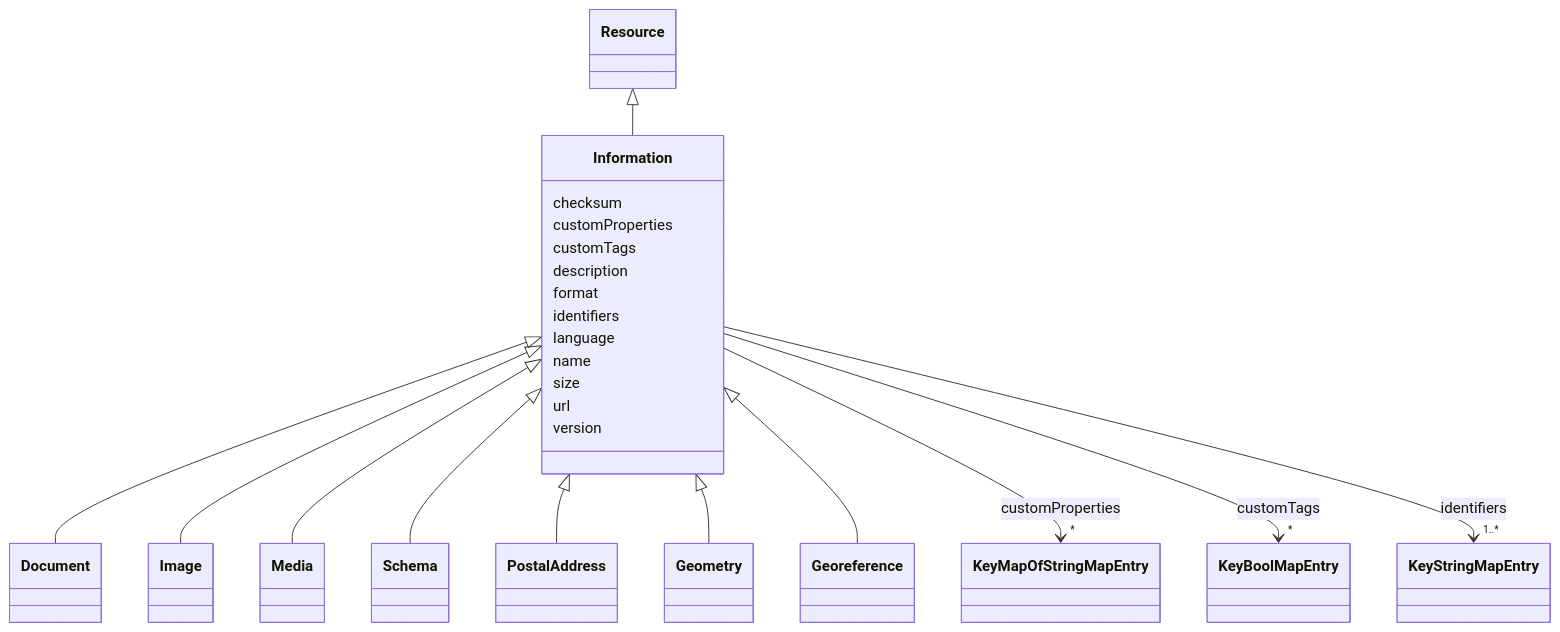
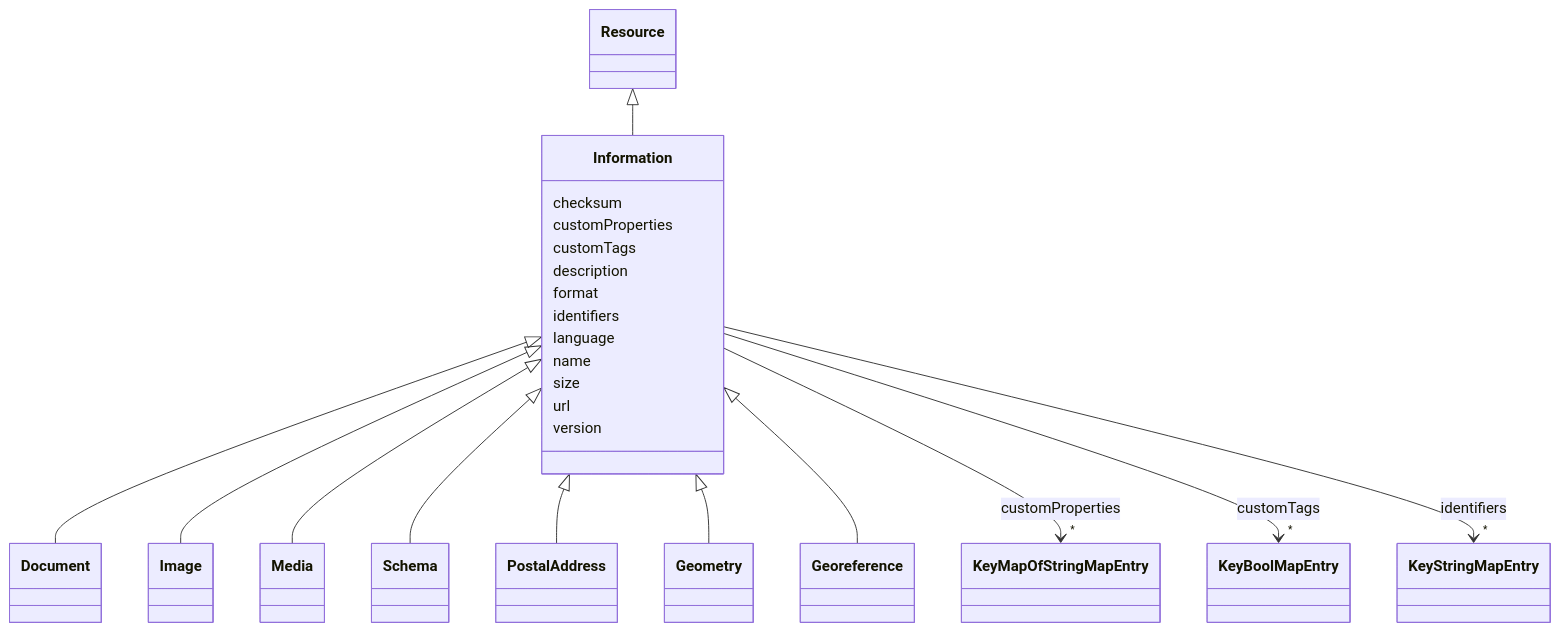
Before and after one commit to takashikasuya/smartbuiding_ontology: the diagram in docs/Information.md, drawn with Mermaid. The commit also changed other lines of this file and 89 other files, not shown here.

````diff
--- a/docs/Information.md
+++ b/docs/Information.md
@@ -18,75 +18,75 @@
 ```mermaid
  classDiagram
     class Information
     click Information href "../Information/"
       Resource <|-- Information
         click Resource href "../Resource/"
       
 
       Information <|-- Document
         click Document href "../Document/"
       Information <|-- Image
         click Image href "../Image/"
       Information <|-- Media
         click Media href "../Media/"
       Information <|-- Schema
         click Schema href "../Schema/"
       Information <|-- PostalAddress
         click PostalAddress href "../PostalAddress/"
       Information <|-- Geometry
         click Geometry href "../Geometry/"
       Information <|-- Georeference
         click Georeference href "../Georeference/"
       
 
       Information : checksum
         
       Information : customProperties
         
           
     
         
         
         Information --> "*" KeyMapOfStringMapEntry : customProperties
         click KeyMapOfStringMapEntry href "../KeyMapOfStringMapEntry/"
     
 
         
       Information : customTags
         
           
     
         
         
         Information --> "*" KeyBoolMapEntry : customTags
         click KeyBoolMapEntry href "../KeyBoolMapEntry/"
     
 
         
       Information : description
         
       Information : format
         
       Information : identifiers
         
           
     
         
         
-        Information --> "1..*" KeyStringMapEntry : identifiers
+        Information --> "*" KeyStringMapEntry : identifiers
         click KeyStringMapEntry href "../KeyStringMapEntry/"
     
 
         
       Information : language
         
       Information : name
         
       Information : size
         
       Information : url
         
       Information : version
         
       
 ```
````
